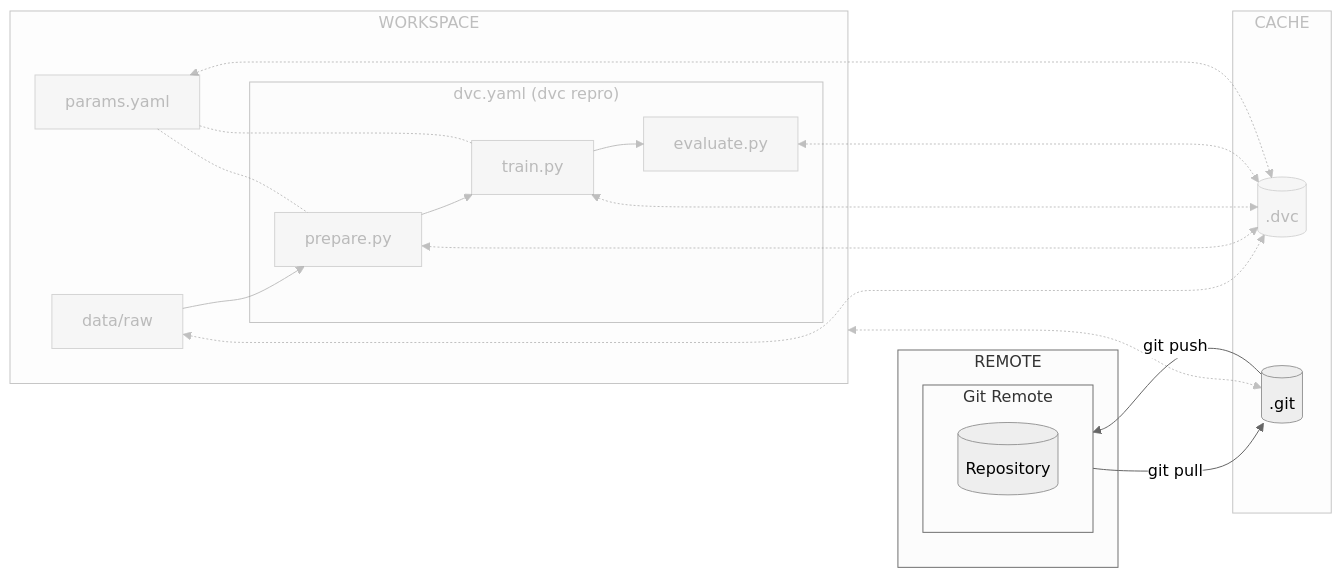
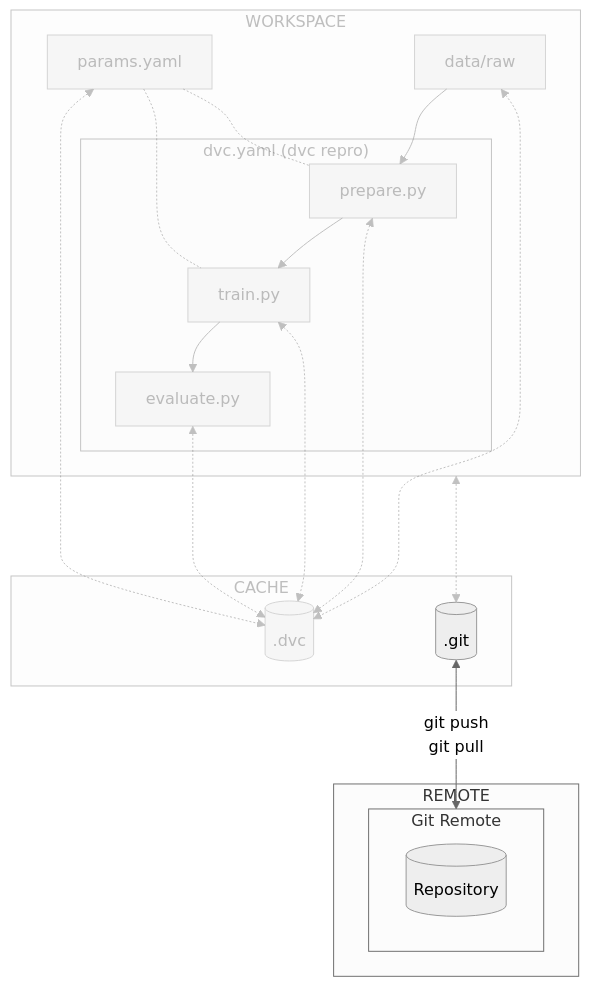
Before and after one commit to swiss-ai-center/a-guide-to-mlops: the diagram in docs/part-2-move-the-model-to-the-cloud/chapter-6-move-the-ml-experiment-code-to-the-cloud.md, drawn with Mermaid (neutral theme). The commit also changed other lines of this file and 21 other files, not shown here.

Commit message:
201 check broken images and mermaid graphs (#202)

````diff
--- a/docs/part-2-move-the-model-to-the-cloud/chapter-6-move-the-ml-experiment-code-to-the-cloud.md
+++ b/docs/part-2-move-the-model-to-the-cloud/chapter-6-move-the-ml-experiment-code-to-the-cloud.md
@@ -16,50 +16,50 @@
 ```mermaid
-flowchart LR
+flowchart TB
     dot_dvc[(.dvc)]
-    dot_git[(.git)] -->|git push| gitGraph[Git Remote]
-    gitGraph -->|git pull| dot_git
+    dot_git[(.git)] <-->|git push
+                         git pull| gitGraph[Git Remote]
     workspaceGraph <-....-> dot_git
     data[data/raw] <-.-> dot_dvc
     subgraph remoteGraph[REMOTE]
         subgraph gitGraph[Git Remote]
             repository[(Repository)]
         end
     end
     subgraph cacheGraph[CACHE]
         dot_dvc
         dot_git
     end
     subgraph workspaceGraph[WORKSPACE]
         prepare[prepare.py] <-.-> dot_dvc
         train[train.py] <-.-> dot_dvc
         evaluate[evaluate.py] <-.-> dot_dvc
         data --> prepare
         subgraph dvcGraph["dvc.yaml (dvc repro)"]
             prepare --> train
             train --> evaluate
         end
         params[params.yaml] -.- prepare
         params -.- train
         params <-.-> dot_dvc
     end
     style workspaceGraph opacity:0.4,color:#7f7f7f80
     style dvcGraph opacity:0.4,color:#7f7f7f80
     style cacheGraph opacity:0.4,color:#7f7f7f80
     style dot_dvc opacity:0.4,color:#7f7f7f80
     style data opacity:0.4,color:#7f7f7f80
     style prepare opacity:0.4,color:#7f7f7f80
     style train opacity:0.4,color:#7f7f7f80
     style evaluate opacity:0.4,color:#7f7f7f80
     style params opacity:0.4,color:#7f7f7f80
+    linkStyle 1 opacity:0.4,color:#7f7f7f80
     linkStyle 2 opacity:0.4,color:#7f7f7f80
     linkStyle 3 opacity:0.4,color:#7f7f7f80
     linkStyle 4 opacity:0.4,color:#7f7f7f80
     linkStyle 5 opacity:0.4,color:#7f7f7f80
     linkStyle 6 opacity:0.4,color:#7f7f7f80
     linkStyle 7 opacity:0.4,color:#7f7f7f80
     linkStyle 8 opacity:0.4,color:#7f7f7f80
     linkStyle 9 opacity:0.4,color:#7f7f7f80
     linkStyle 10 opacity:0.4,color:#7f7f7f80
     linkStyle 11 opacity:0.4,color:#7f7f7f80
-    linkStyle 12 opacity:0.4,color:#7f7f7f80
 ```
````
